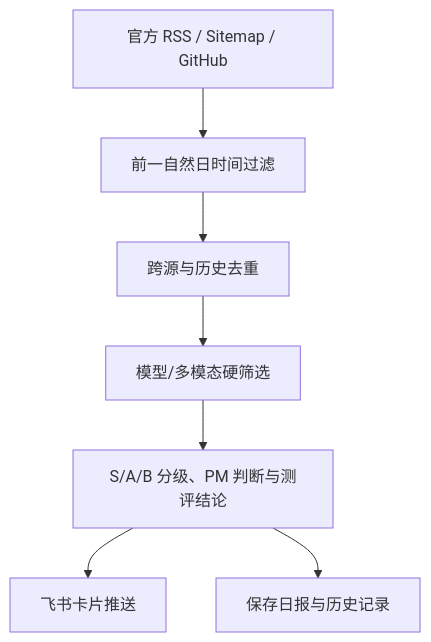
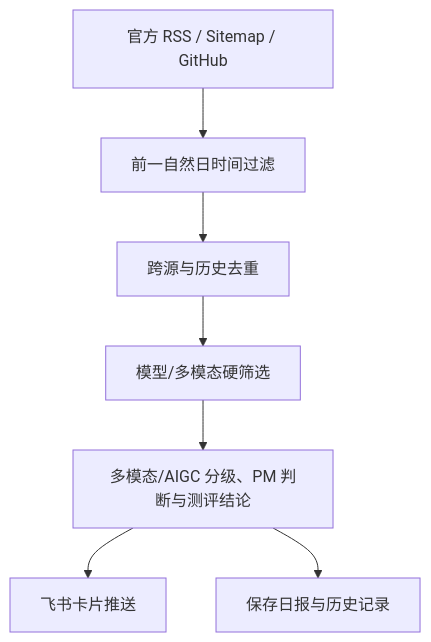
Before and after one commit to 2735298908-dev/AIan: the diagram in README.md, drawn with Mermaid. The commit also changed other lines of this file and 6 other files, not shown here.

````diff
--- a/README.md
+++ b/README.md
@@ -19,9 +19,9 @@
 ```mermaid
 flowchart TD
     A["官方 RSS / Sitemap / GitHub"] --> B["前一自然日时间过滤"]
     B --> C["跨源与历史去重"]
     C --> D["模型/多模态硬筛选"]
-    D --> E["S/A/B 分级、PM 判断与测评结论"]
+    D --> E["多模态/AIGC 分级、PM 判断与测评结论"]
     E --> F["飞书卡片推送"]
     E --> G["保存日报与历史记录"]
 ```
````
